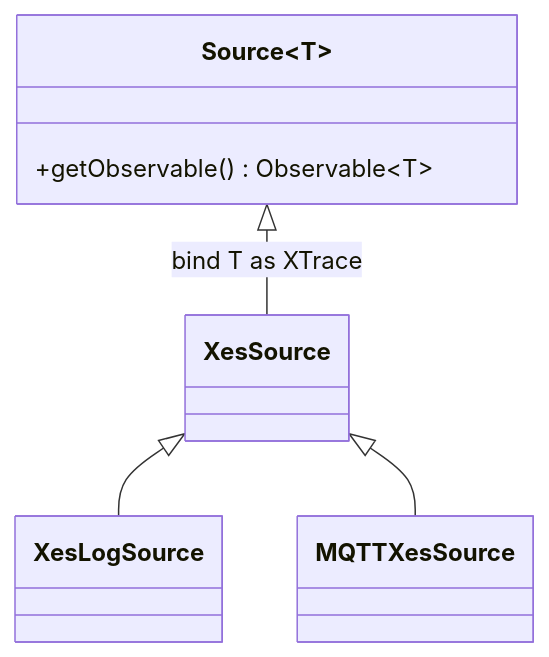
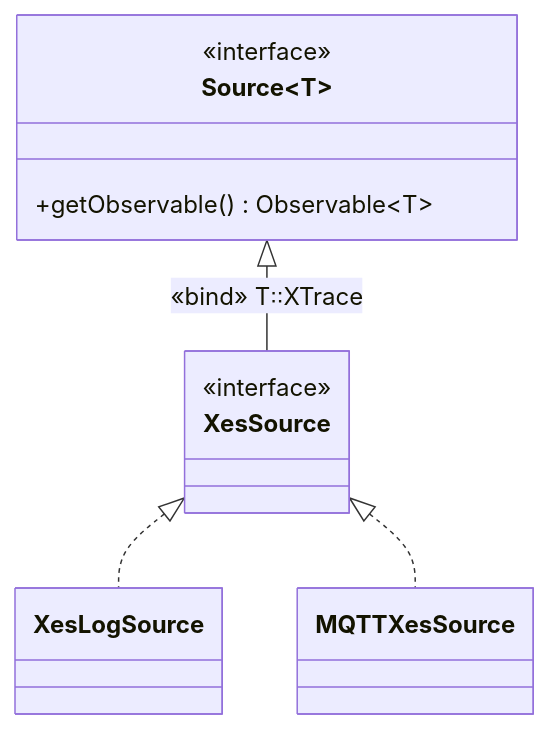
One commit to beamline/docs changed the first of 3 diagrams in docs/getting-started.md. Above: the diagram before and after it, drawn with Mermaid. The commit also changed other lines of this file and 1 other file, not shown here.

Commit message:
Adapted the uml class diagrams

```diff
--- a/docs/getting-started.md
+++ b/docs/getting-started.md
@@ -67,7 +67,10 @@
 <div class="mermaid">
 classDiagram
-Source~T~ <|-- XesSource : bind T as XTrace
-XesSource <|-- XesLogSource
-XesSource <|-- MQTTXesSource
+Source~T~ <|-- XesSource : &laquo;bind&raquo; T&#42889;&#42889;XTrace
+XesSource <|.. XesLogSource
+XesSource <|.. MQTTXesSource
 Source : +getObservable() Observable~T~
+
+<< interface >> Source
+<< interface >> XesSource
 </div>
```
